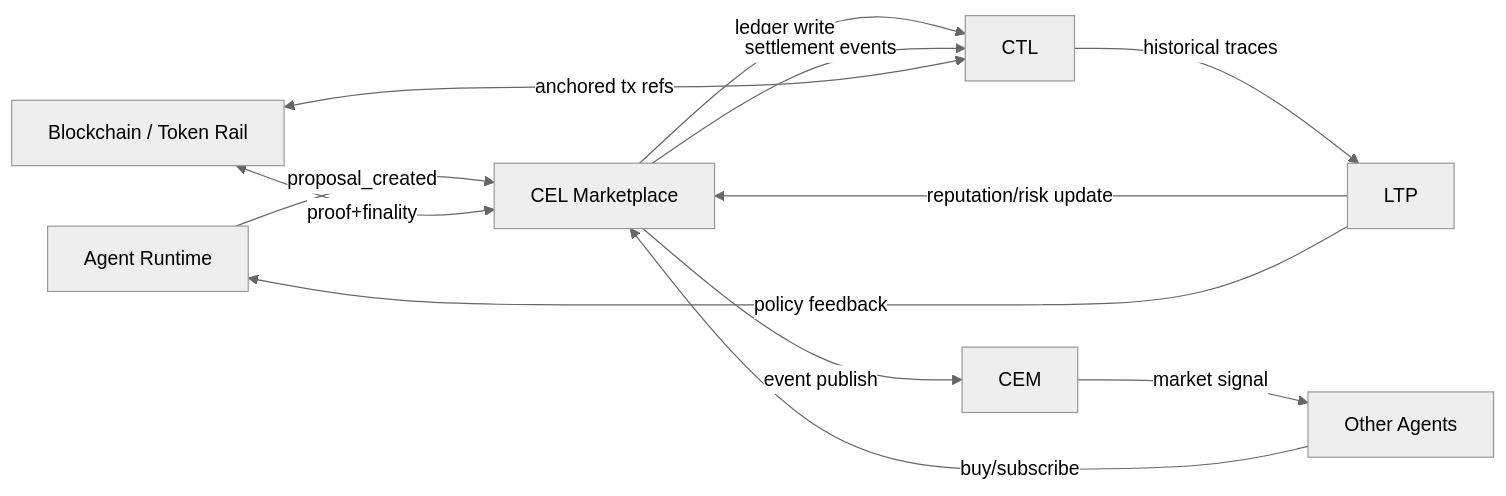
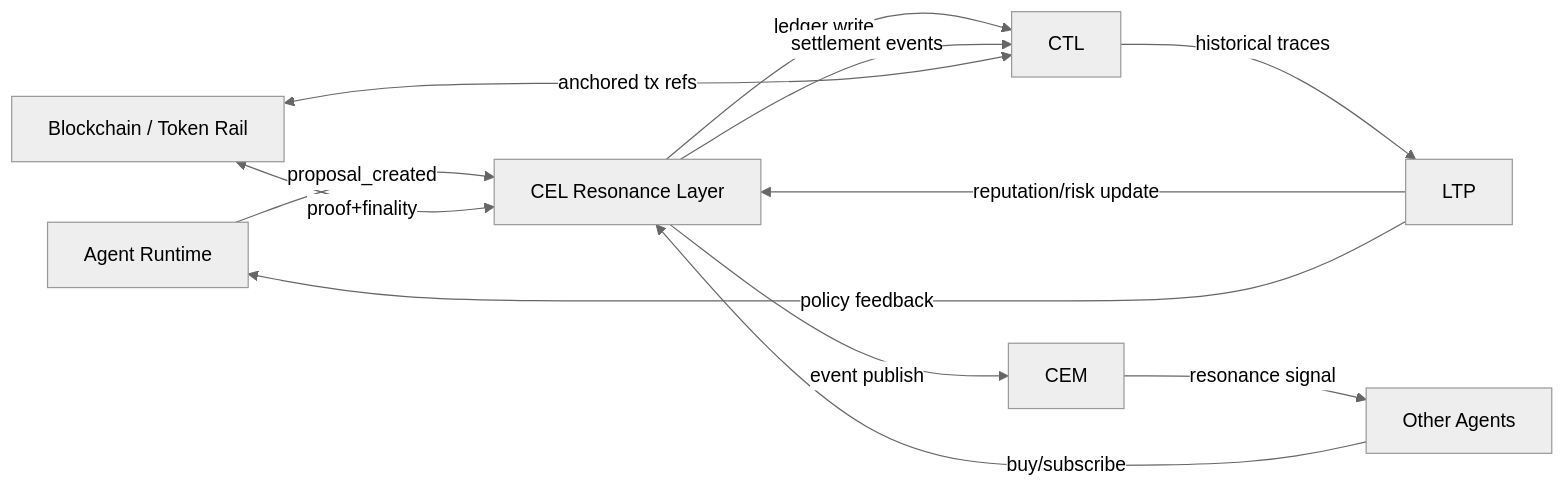
The first of 2 diagrams in docs/WEB4_CEL_SCHEMA_RU.md (safal207/LS), drawn with Mermaid (neutral theme) before and after one commit. The commit also changed other lines of this file and 1 other file, not shown here.

Commit message:
docs: pivot CEL framing from competition to resonance and synergy

````diff
--- a/docs/WEB4_CEL_SCHEMA_RU.md
+++ b/docs/WEB4_CEL_SCHEMA_RU.md
@@ -210,16 +218,16 @@
 ```mermaid
 flowchart LR
-    A[Agent Runtime] -->|proposal_created| B[CEL Marketplace]
+    A[Agent Runtime] -->|proposal_created| B[CEL Resonance Layer]
     B -->|ledger write| C[CTL]
     B -->|event publish| D[CEM]
-    D -->|market signal| E[Other Agents]
+    D -->|resonance signal| E[Other Agents]
     E -->|buy/subscribe| B
 
     B -->|settlement events| C
     C -->|historical traces| F[LTP]
     F -->|reputation/risk update| B
     F -->|policy feedback| A
 
     G[Blockchain / Token Rail] <-->|proof+finality| B
     G <-->|anchored tx refs| C
 ```
````
